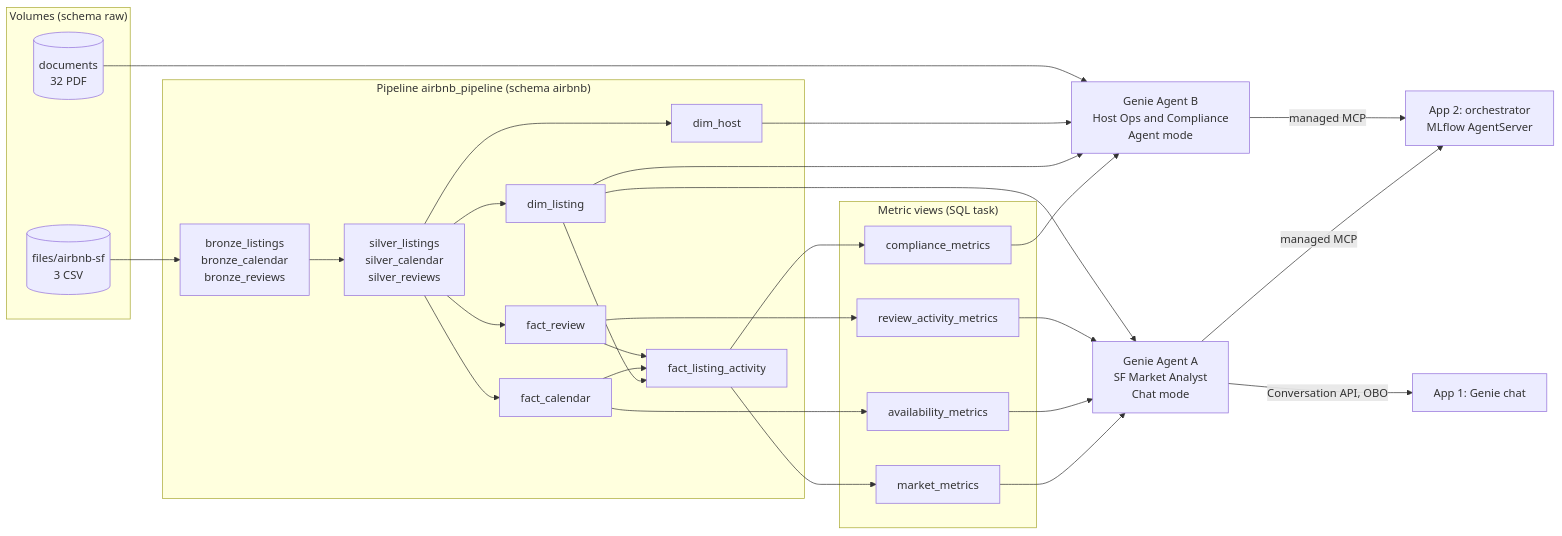
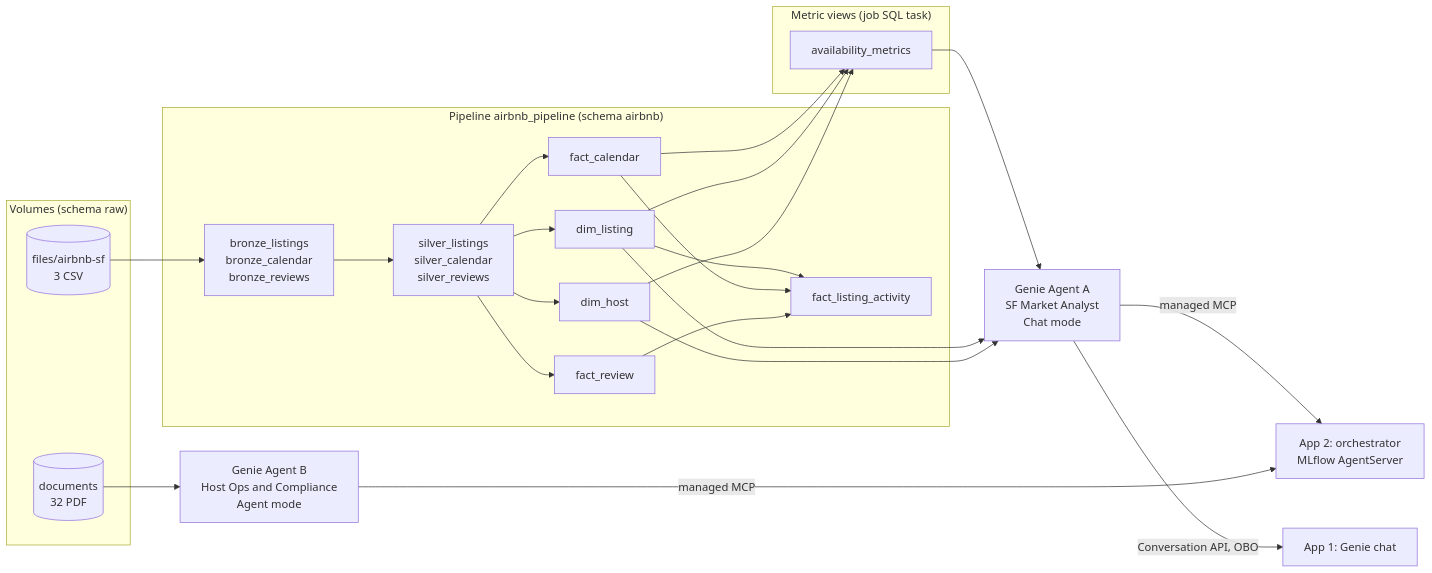
Before and after one commit to zoltanctoth/databricks-genie-in-production: the diagram in docs/02-architecture.md, drawn with Mermaid. The commit also changed other lines of this file and 8 other files, not shown here.

Commit message:
first genie agent added WIP + cosmetics

````diff
--- a/docs/02-architecture.md
+++ b/docs/02-architecture.md
@@ -17,26 +17,22 @@
 ```mermaid
 flowchart LR
   subgraph VOL["Volumes (schema raw)"]
     F[(files/airbnb-sf<br/>3 CSV)]
     P[(documents<br/>32 PDF)]
   end
   subgraph SDP["Pipeline airbnb_pipeline (schema airbnb)"]
     B[bronze_listings<br/>bronze_calendar<br/>bronze_reviews] --> S[silver_listings<br/>silver_calendar<br/>silver_reviews]
     S --> DL[dim_listing] & DH[dim_host] & FC[fact_calendar] & FR[fact_review]
     DL & FC & FR --> FA[fact_listing_activity]
   end
-  subgraph MV["Metric views (SQL task)"]
-    M1[market_metrics]
-    M2[availability_metrics]
-    M3[review_activity_metrics]
-    M4[compliance_metrics]
+  subgraph MV["Metric views (job SQL task)"]
+    M1[availability_metrics]
   end
-  FA --> M1 & M4
-  FC --> M2
-  FR --> M3
-  M1 & M2 & M3 & DL --> GA[Genie Agent A<br/>SF Market Analyst<br/>Chat mode]
-  M4 & DL & DH & P --> GB[Genie Agent B<br/>Host Ops and Compliance<br/>Agent mode]
+  FC --> M1
+  DL & DH --> M1
+  M1 & DL & DH --> GA[Genie Agent A<br/>SF Market Analyst<br/>Chat mode]
+  P --> GB[Genie Agent B<br/>Host Ops and Compliance<br/>Agent mode]
   GA & GB -->|managed MCP| ORCH[App 2: orchestrator<br/>MLflow AgentServer]
   GA -->|Conversation API, OBO| APP1[App 1: Genie chat]
   F --> B
 ```
````
